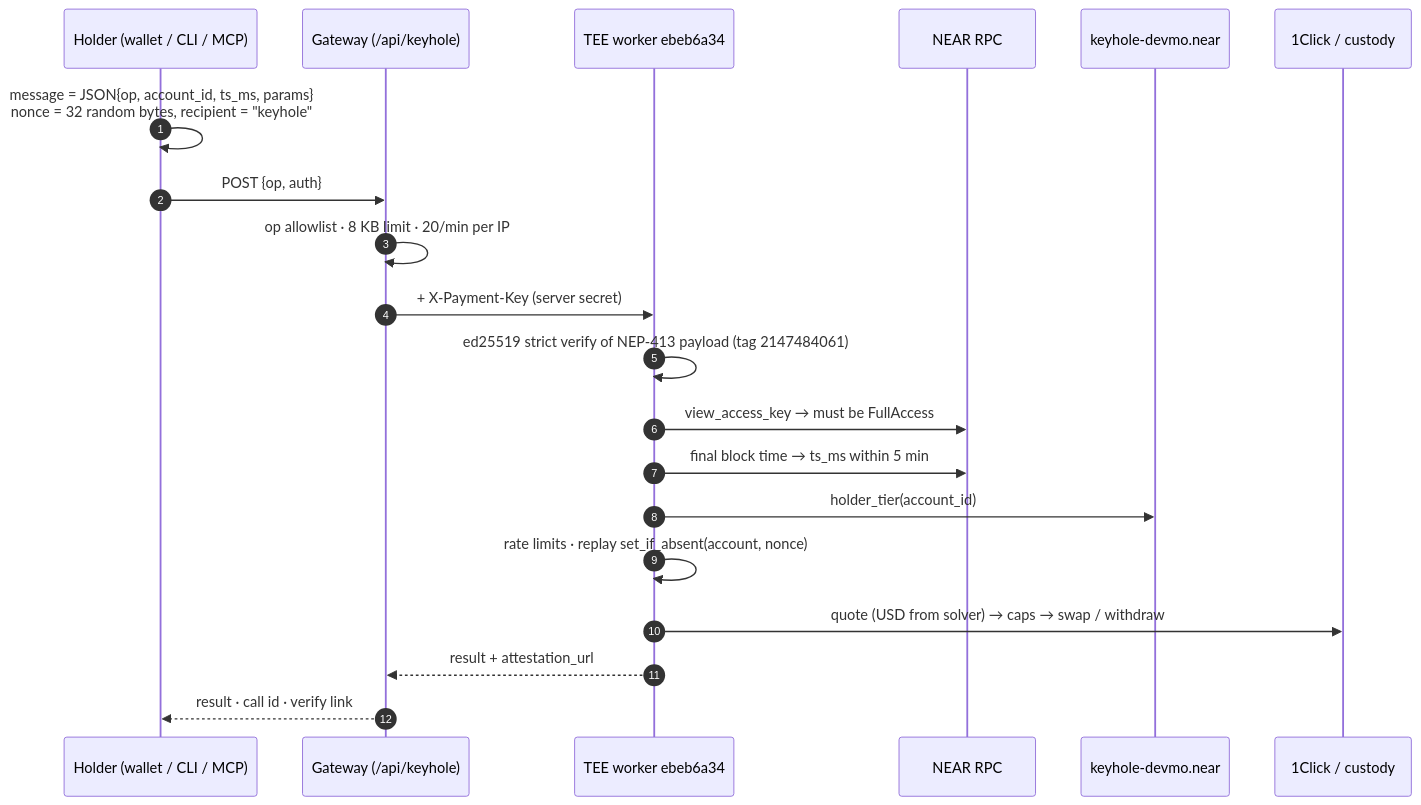
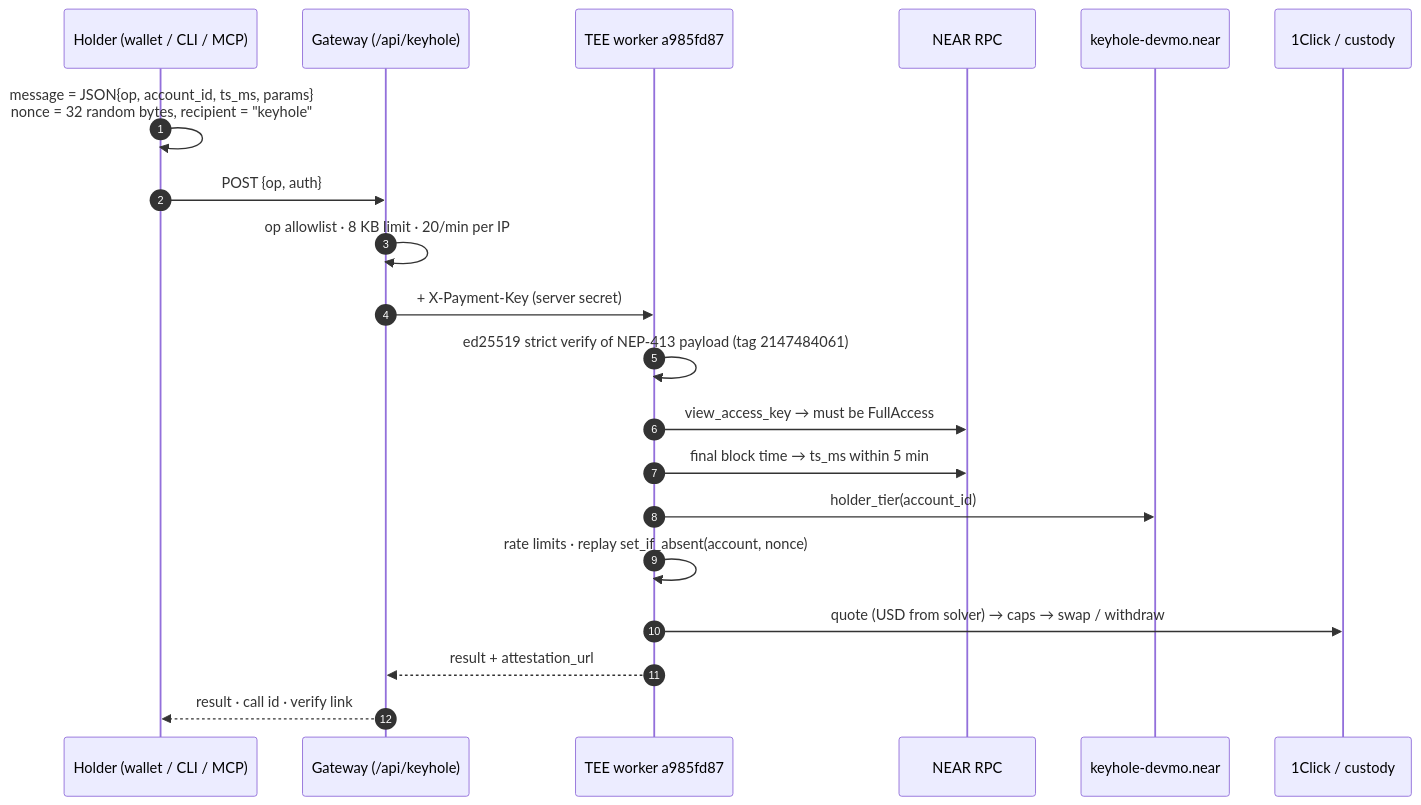
One commit to mohamedwael201193/keyhole changed the second of 2 diagrams in README.md. Above: the diagram before and after it, drawn with Mermaid. The commit also changed other lines of this file and 35 other files, not shown here.

````diff
--- a/README.md
+++ b/README.md
@@ -269,22 +270,22 @@
 ```mermaid
 sequenceDiagram
   autonumber
   participant U as Holder (wallet / CLI / MCP)
   participant G as Gateway (/api/keyhole)
-  participant T as TEE worker ebeb6a34
+  participant T as TEE worker a985fd87
   participant R as NEAR RPC
   participant K as keyhole-devmo.near
   participant X as 1Click / custody
   U->>U: message = JSON{op, account_id, ts_ms, params}<br/>nonce = 32 random bytes, recipient = "keyhole"
   U->>G: POST {op, auth}
   G->>G: op allowlist · 8 KB limit · 20/min per IP
   G->>T: + X-Payment-Key (server secret)
   T->>T: ed25519 strict verify of NEP-413 payload (tag 2147484061)
   T->>R: view_access_key → must be FullAccess
   T->>R: final block time → ts_ms within 5 min
   T->>K: holder_tier(account_id)
   T->>T: rate limits · replay set_if_absent(account, nonce)
   T->>X: quote (USD from solver) → caps → swap / withdraw
   T-->>G: result + attestation_url
   G-->>U: result · call id · verify link
 ```
````
